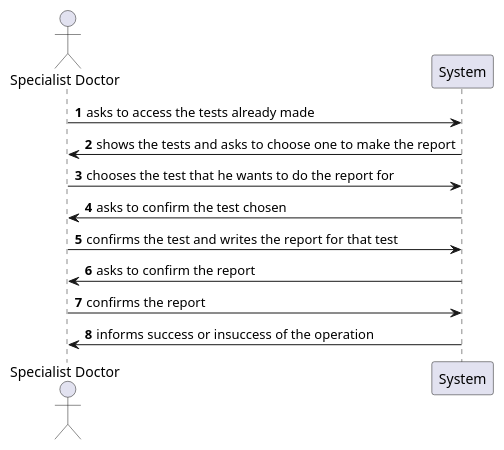
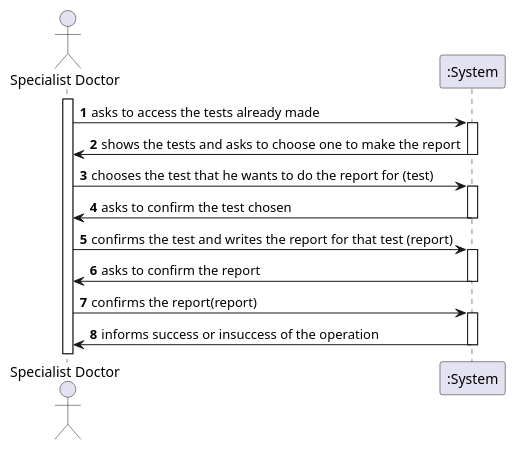
The diagram in docs/SprintC/US14/US14_SSD.puml (jsmarques98/LAPR2-ISEP), drawn with PlantUML before and after one commit. The commit also changed 1 other file, not shown here.

```diff
--- a/docs/SprintC/US14/US14_SSD.puml
+++ b/docs/SprintC/US14/US14_SSD.puml
@@ -1,19 +1,35 @@
 @startuml
 'https://plantuml.com/sequence-diagram
 
 autonumber
 
 actor  "Specialist Doctor" as Spec
 
+participant ":System" as System
+
+activate Spec
 Spec -> System: asks to access the tests already made
+
+activate System
 System -> Spec: shows the tests and asks to choose one to make the report
+deactivate System
 
-Spec -> System: chooses the test that he wants to do the report for
+Spec -> System: chooses the test that he wants to do the report for (test)
+
+activate System
 System -> Spec: asks to confirm the test chosen
+deactivate System
 
-Spec -> System: confirms the test and writes the report for that test
+Spec -> System: confirms the test and writes the report for that test (report)
+
+activate System
 System -> Spec: asks to confirm the report
+deactivate System
 
-Spec -> System: confirms the report
+Spec -> System: confirms the report(report)
+
+activate System
 System -> Spec: informs success or insuccess of the operation
+deactivate System
+
 @enduml
```
